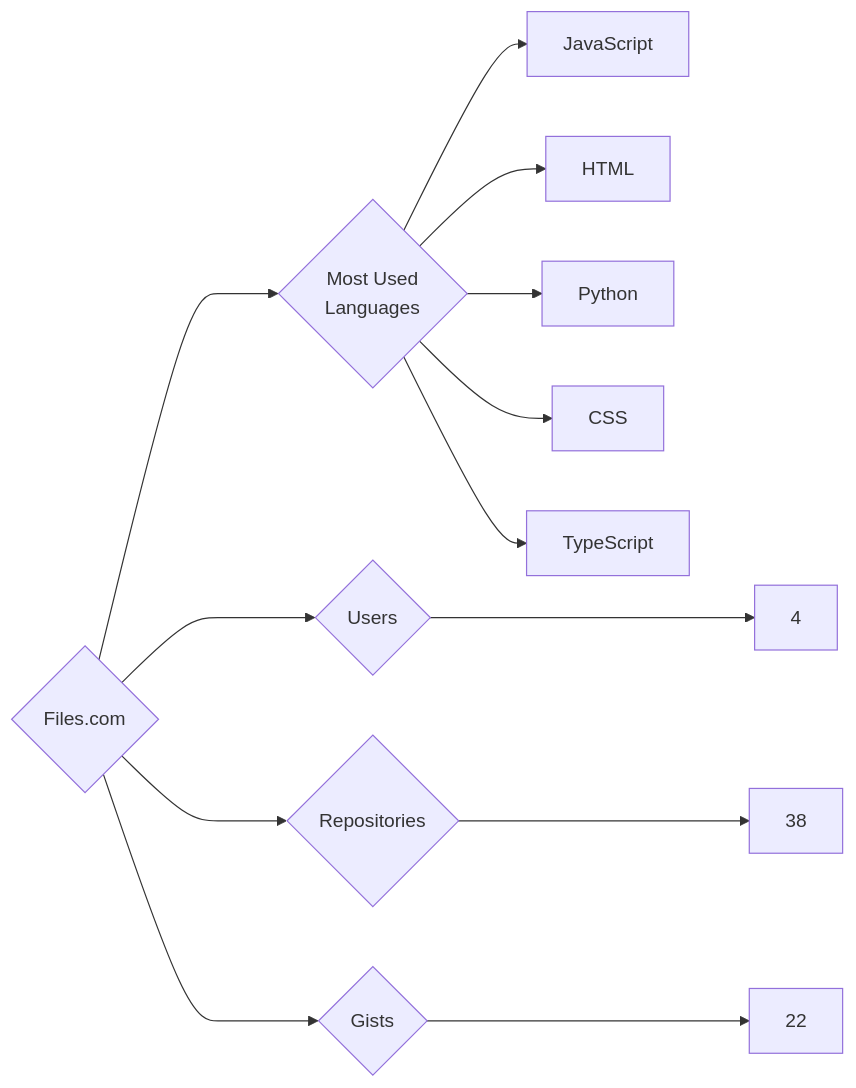
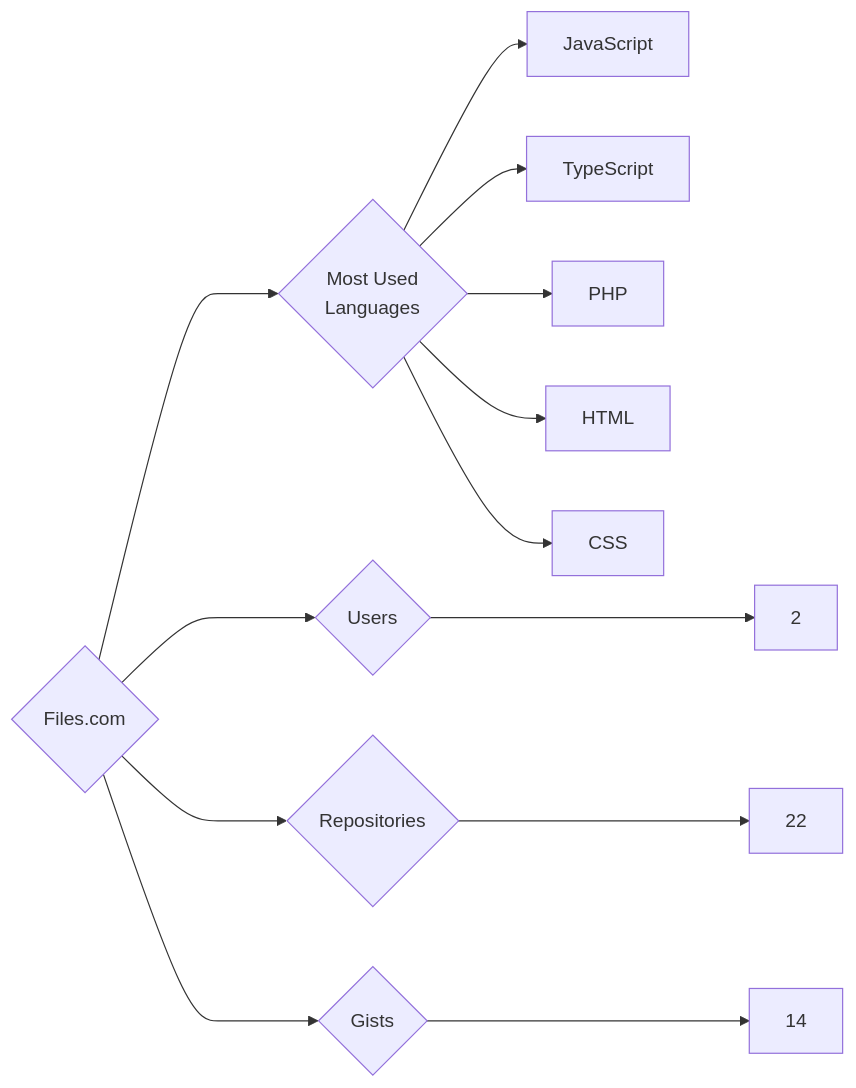
The diagram in targets/Files.com/README.md (trickest/insiders), drawn with Mermaid before and after one commit. The commit also changed 614 other files, not shown here.

````diff
--- a/targets/Files.com/README.md
+++ b/targets/Files.com/README.md
@@ -3,13 +3,13 @@
 ```mermaid
 graph LR
 COMPANY_NAME{Files.com}
-COMPANY_NAME ---> U{Users} ---> UN[4]
-COMPANY_NAME ---> R{Repositories} ---> RN[38]
-COMPANY_NAME ---> G{Gists} ---> GN[22]
+COMPANY_NAME ---> U{Users} ---> UN[2]
+COMPANY_NAME ---> R{Repositories} ---> RN[22]
+COMPANY_NAME ---> G{Gists} ---> GN[14]
 COMPANY_NAME ---> ML{Most Used<br>Languages}
 ML --> JavaScript[JavaScript]
+ML --> TypeScript[TypeScript]
+ML --> PHP[PHP]
 ML --> HTML[HTML]
-ML --> Python[Python]
 ML --> CSS[CSS]
-ML --> TypeScript[TypeScript]
 ```
````
